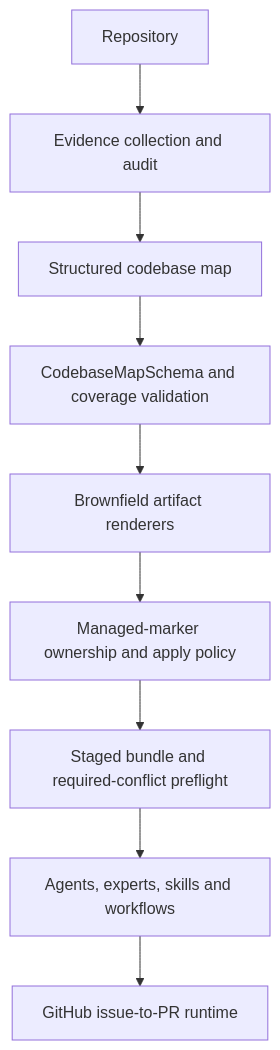
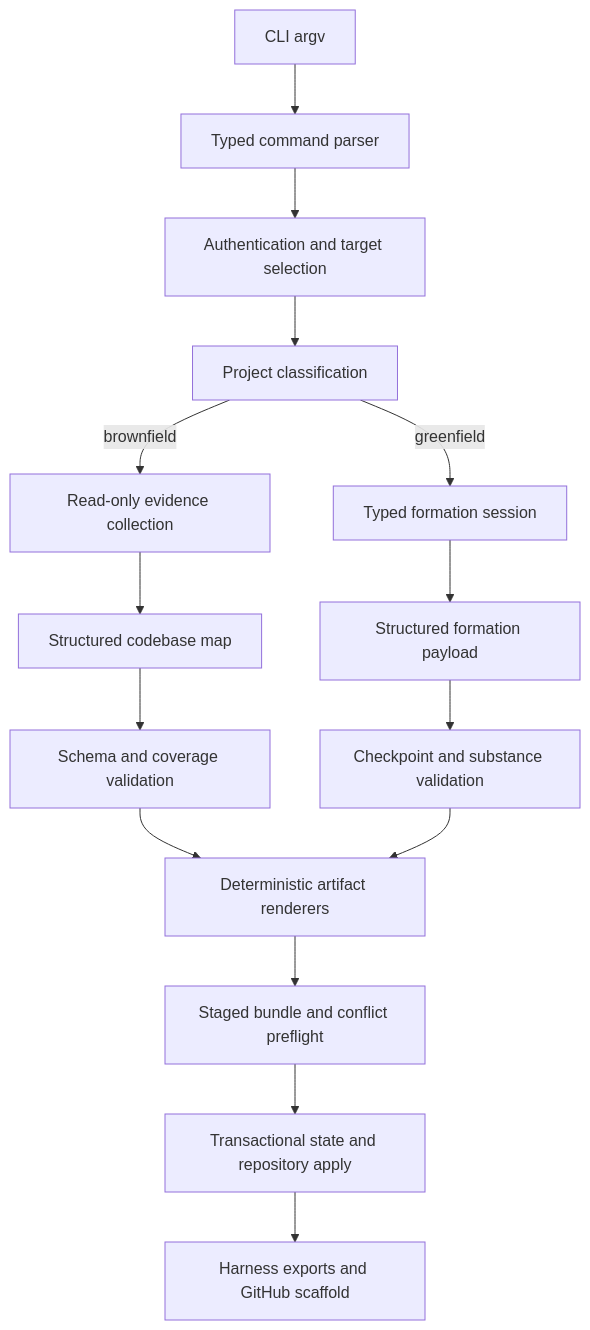
One commit to anirudhsengar/agentify changed the diagram in docs/architecture.md. Above: the diagram before and after it, drawn with Mermaid. The commit also changed other lines of this file, not shown here.

Commit message:
docs: expand system architecture

````diff
--- a/docs/architecture.md
+++ b/docs/architecture.md
@@ -3,11 +10,17 @@
 ```mermaid
 flowchart TD
-    A[Repository] --> B[Evidence collection and audit]
-    B --> C[Structured codebase map]
-    C --> D[CodebaseMapSchema and coverage validation]
-    D --> E[Brownfield artifact renderers]
-    E --> F[Managed-marker ownership and apply policy]
-    F --> G[Staged bundle and required-conflict preflight]
-    G --> H[Agents, experts, skills and workflows]
-    H --> I[GitHub issue-to-PR runtime]
+    A[CLI argv] --> B[Typed command parser]
+    B --> C[Authentication and target selection]
+    C --> D[Project classification]
+    D -->|brownfield| E[Read-only evidence collection]
+    D -->|greenfield| F[Typed formation session]
+    E --> G[Structured codebase map]
+    F --> H[Structured formation payload]
+    G --> I[Schema and coverage validation]
+    H --> J[Checkpoint and substance validation]
+    I --> K[Deterministic artifact renderers]
+    J --> K
+    K --> L[Staged bundle and conflict preflight]
+    L --> M[Transactional state and repository apply]
+    M --> N[Harness exports and GitHub scaffold]
 ```
````
